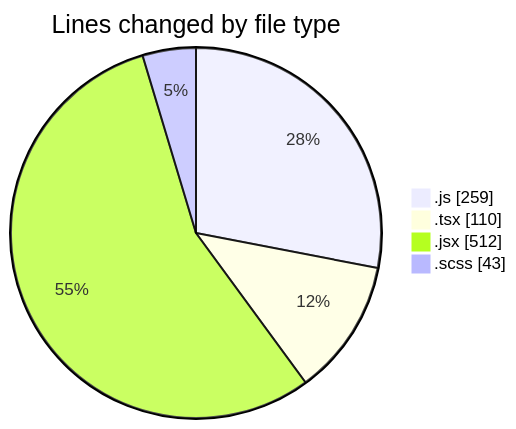
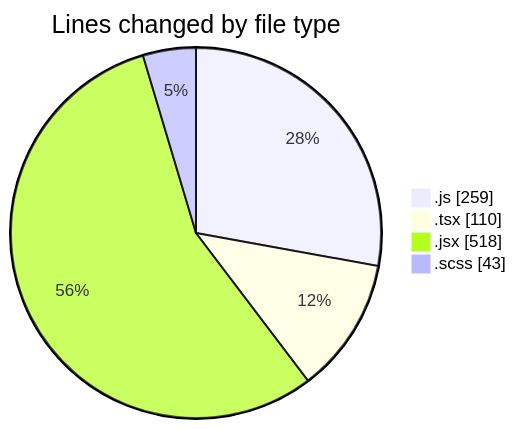
One commit to momahboobian/code-tracking changed the first of 2 diagrams in 2026-03-12/cda/README.md. Above: the diagram before and after it, drawn with Mermaid. The commit also changed other lines of this file and 1 other file, not shown here.

````diff
--- a/2026-03-12/cda/README.md
+++ b/2026-03-12/cda/README.md
@@ -29,8 +29,8 @@
 ```mermaid
 pie showData
 title Lines changed by file type
 ".js" : 259
 ".tsx" : 110
-".jsx" : 512
+".jsx" : 518
 ".scss" : 43
 ```
````
